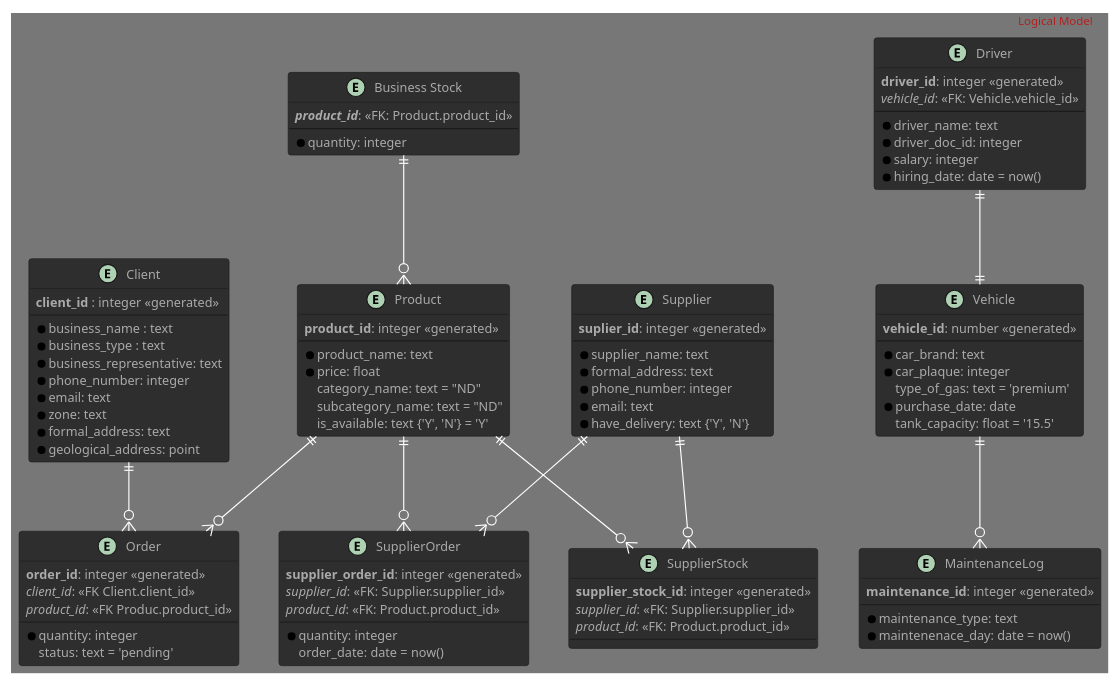
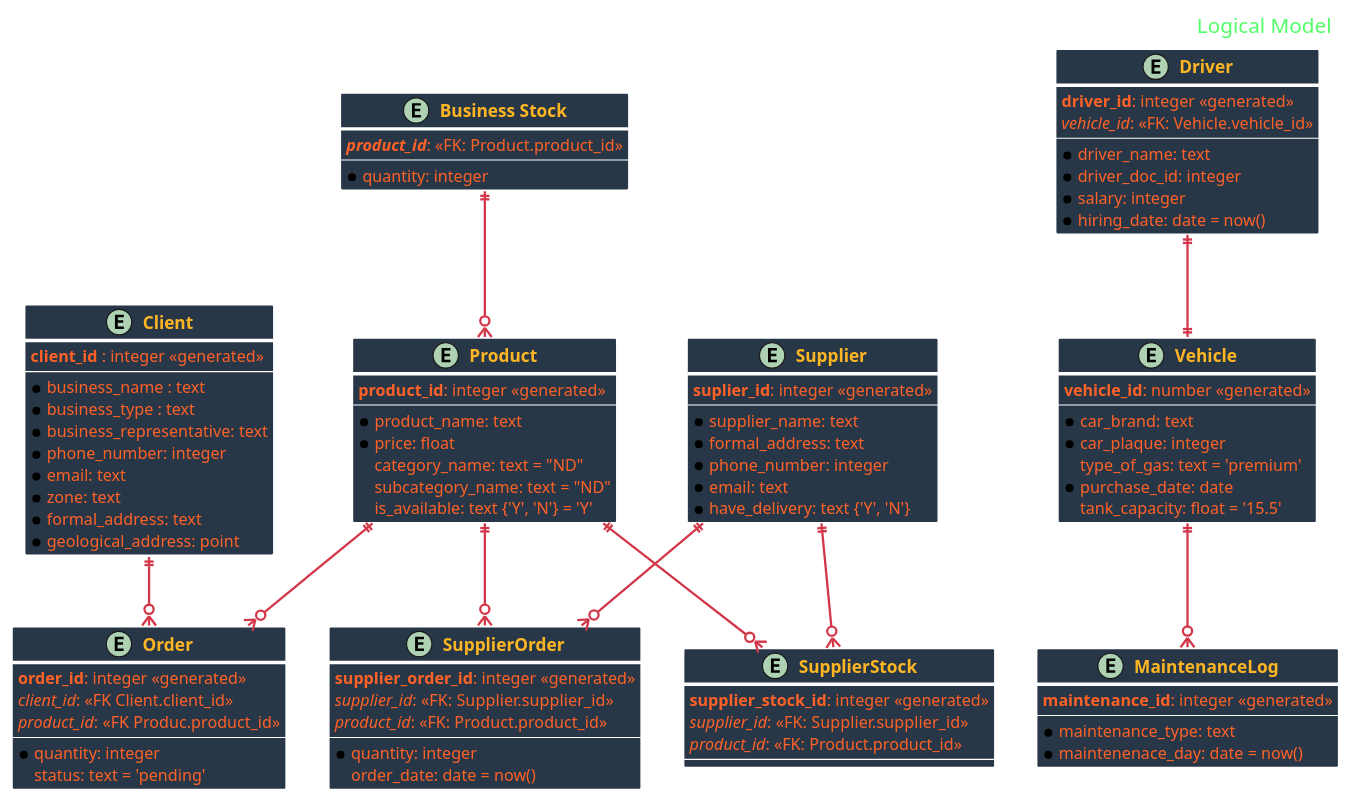
Before and after one commit to hros19/CorreCaminos-management-system: the diagram in logical_diagram.puml, drawn with PlantUML. The commit also changed 1 other file, not shown here.

Commit message:
Finalization of diagrams
Need check

```diff
--- a/logical_diagram.puml
+++ b/logical_diagram.puml
@@ -1,112 +1,127 @@
 @startuml Logical Database Model
 
-skinparam HeaderFontColor FireBrick
-skinparam BackgroundColor DarkSlateGray
+skinparam BackgroundColor transparent
 
-!theme reddress-darkblue
+skinparam HeaderFontColor #52FF69
+skinparam HeaderFontSize 18
+
+skinparam ArrowFontSize 15
+skinparam ArrowColor D3374A
+skinparam ArrowThickness 2
+skinparam ArrowFontColor #3FD0C4
+
+skinparam ClassBorderColor white
+skinparam ClassBorderThickness 3
+skinparam ClassAttributeFontSize 14
+skinparam ClassAttributeFontColor FF6127
+skinparam ClassBackgroundColor #283747
+skinparam ClassFontSize 15
+skinparam ClassFontStyle Bold
+skinparam ClassFontColor #FFB623
+
 
 header Logical Model
 
 entity "Client" as Client {
   **client_id** : integer <<generated>>
   --
   *business_name : text
   *business_type : text
   *business_representative: text
   *phone_number: integer
   *email: text
   *zone: text
   *formal_address: text
   *geological_address: point
 }
 
 entity "Vehicle" as Vehicle {
     **vehicle_id**: number <<generated>>
     --
     *car_brand: text
     *car_plaque: integer
     type_of_gas: text = 'premium'
     *purchase_date: date
     tank_capacity: float = '15.5' 
 }
 
 entity "MaintenanceLog" as MaintenanceLog {
     **maintenance_id**: integer <<generated>>
     --
     *maintenance_type: text
     *maintenenace_day: date = now()
 }
 
 entity "Driver" as Driver {
     **driver_id**: integer <<generated>>
     //vehicle_id//: <<FK: Vehicle.vehicle_id>>
     --
     *driver_name: text
     *driver_doc_id: integer
     *salary: integer
     *hiring_date: date = now()
 }
 
 entity "Order" as Order {
     **order_id**: integer <<generated>>
     //client_id//: <<FK Client.client_id>>
     //product_id//: <<FK Produc.product_id>>
     --
     *quantity: integer
     status: text = 'pending'
 }
 
 entity "Business Stock" as BusinessStock {
     **//product_id//**: <<FK: Product.product_id>>
     --
     *quantity: integer
 }
 
 entity "Supplier" as Supplier {
     **suplier_id**: integer <<generated>>
     --
     *supplier_name: text
     *formal_address: text
     *phone_number: integer
     *email: text
     *have_delivery: text {'Y', 'N'}
 }
 
 entity "Product" as Product {
     **product_id**: integer <<generated>>
     --
     *product_name: text
     *price: float
     category_name: text = "ND"
     subcategory_name: text = "ND"
     is_available: text {'Y', 'N'} = 'Y'
 }
 
 entity "SupplierStock" as SupplierStock {
     **supplier_stock_id**: integer <<generated>>
     //supplier_id//: <<FK: Supplier.supplier_id>>
     //product_id//: <<FK: Product.product_id>>
     --
 }
 
 entity "SupplierOrder" as SupplierOrder {
     **supplier_order_id**: integer <<generated>>
     //supplier_id//: <<FK: Supplier.supplier_id>>
     //product_id//: <<FK: Product.product_id>>
     --
     *quantity: integer
     order_date: date = now()
 }
 
 Driver ||--|| Vehicle
 Vehicle ||--o{ MaintenanceLog
 Client ||--o{ Order
 Product ||--o{ Order
 Supplier ||--o{ SupplierOrder
 Supplier ||--o{ SupplierStock
 Product ||--o{ SupplierStock
 Product ||--o{ SupplierOrder
 BusinessStock ||--o{ Product
 
 
 @enduml
```
